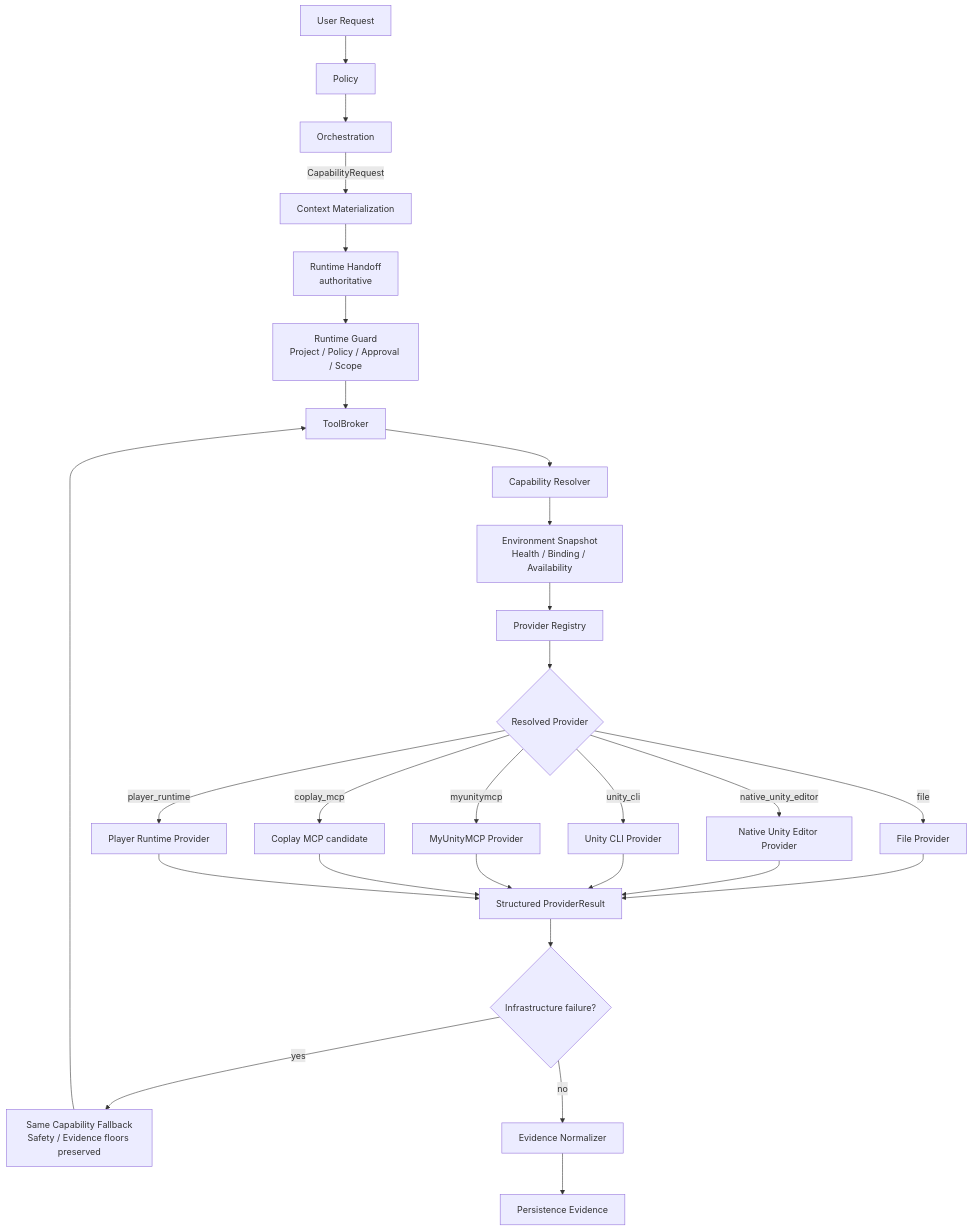
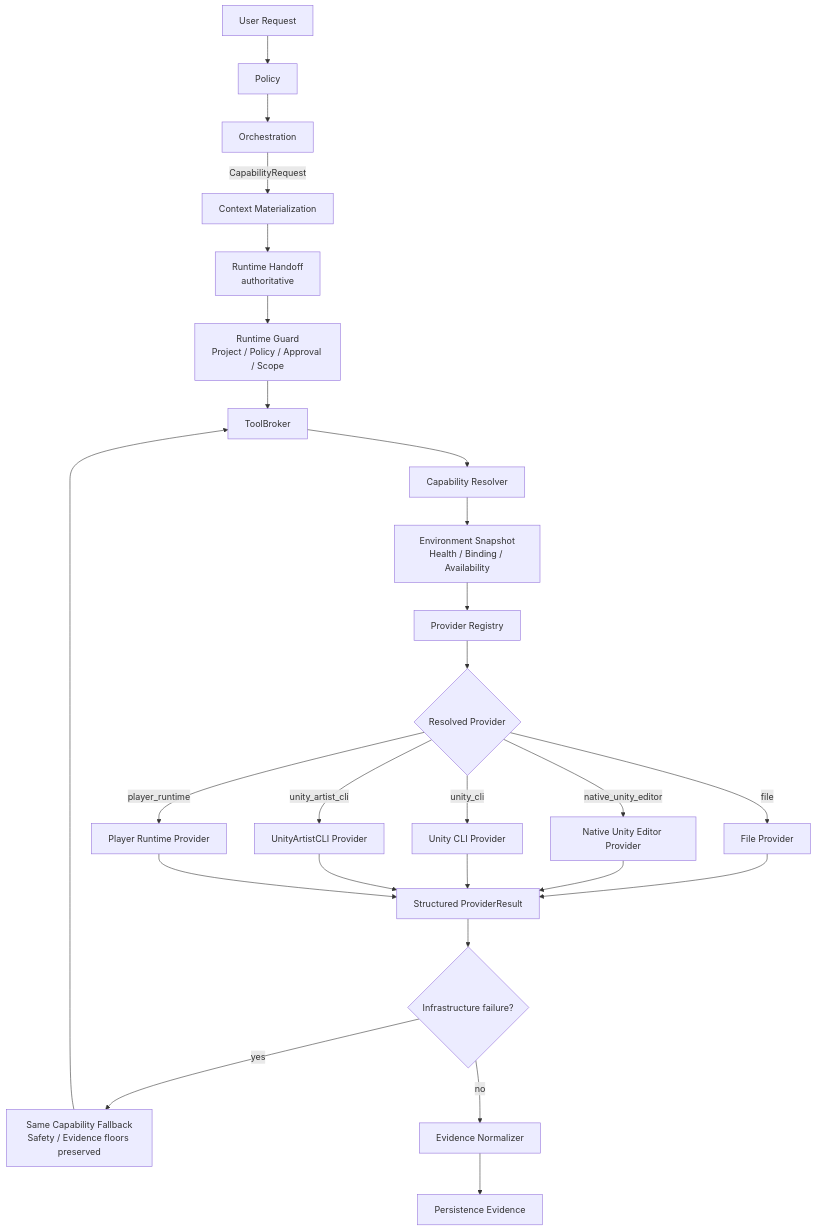
One commit to DarumaPPAP/UnityAgent changed the first of 6 diagrams in docs/architecture/production-tool-runtime.md. Above: the diagram before and after it, drawn with Mermaid. The commit also changed other lines of this file and 45 other files, not shown here.

Commit message:
feat: route artist capabilities through UnityArtistCLI

````diff
--- a/docs/architecture/production-tool-runtime.md
+++ b/docs/architecture/production-tool-runtime.md
@@ -42,34 +42,32 @@
 ```mermaid
 flowchart TD
     U[User Request] --> P[Policy]
     P --> O[Orchestration]
     O -->|CapabilityRequest| C[Context Materialization]
     C --> H[Runtime Handoff<br/>authoritative]
 
     H --> G[Runtime Guard<br/>Project / Policy / Approval / Scope]
     G --> B[ToolBroker]
     B --> R[Capability Resolver]
     R --> E[Environment Snapshot<br/>Health / Binding / Availability]
     E --> PR[Provider Registry]
 
     PR --> D{Resolved Provider}
     D -->|file| PF[File Provider]
     D -->|native_unity_editor| PN[Native Unity Editor Provider]
     D -->|unity_cli| PC[Unity CLI Provider]
-    D -->|myunitymcp| PM[MyUnityMCP Provider]
-    D -->|coplay_mcp| PX[Coplay MCP candidate]
+    D -->|unity_artist_cli| PA[UnityArtistCLI Provider]
     D -->|player_runtime| PP[Player Runtime Provider]
 
     PF --> X[Structured ProviderResult]
     PN --> X
     PC --> X
-    PM --> X
-    PX --> X
+    PA --> X
     PP --> X
 
     X --> F{Infrastructure failure?}
     F -->|yes| FB[Same Capability Fallback<br/>Safety / Evidence floors preserved]
     FB --> B
     F -->|no| N[Evidence Normalizer]
     N --> PE[Persistence Evidence]
 ```
````
